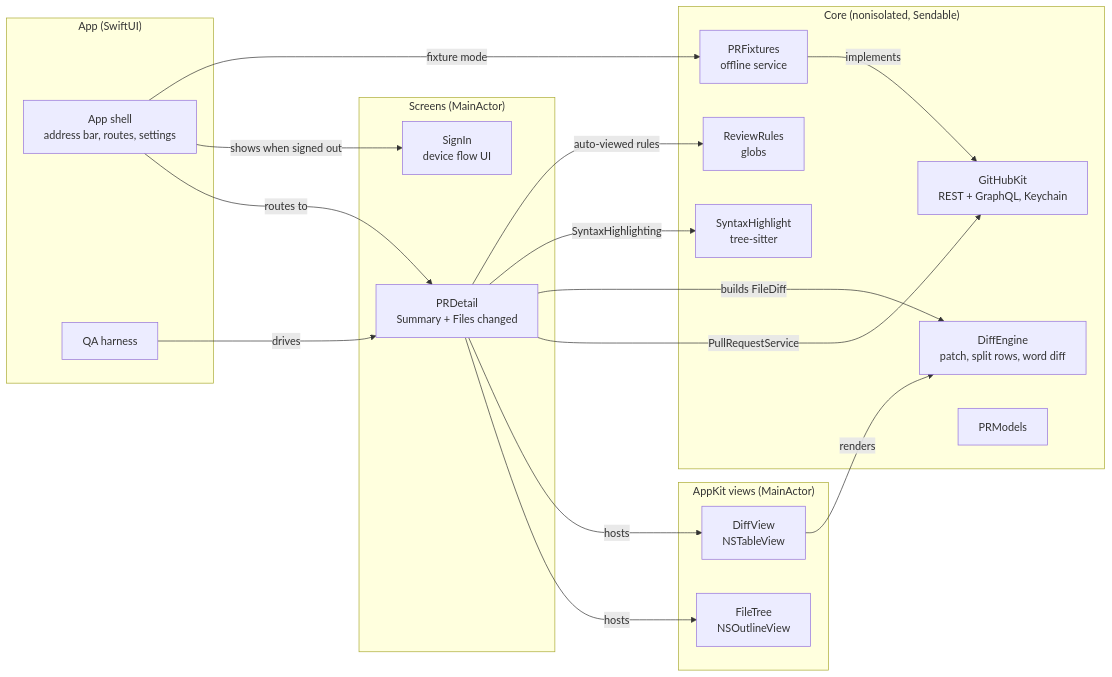
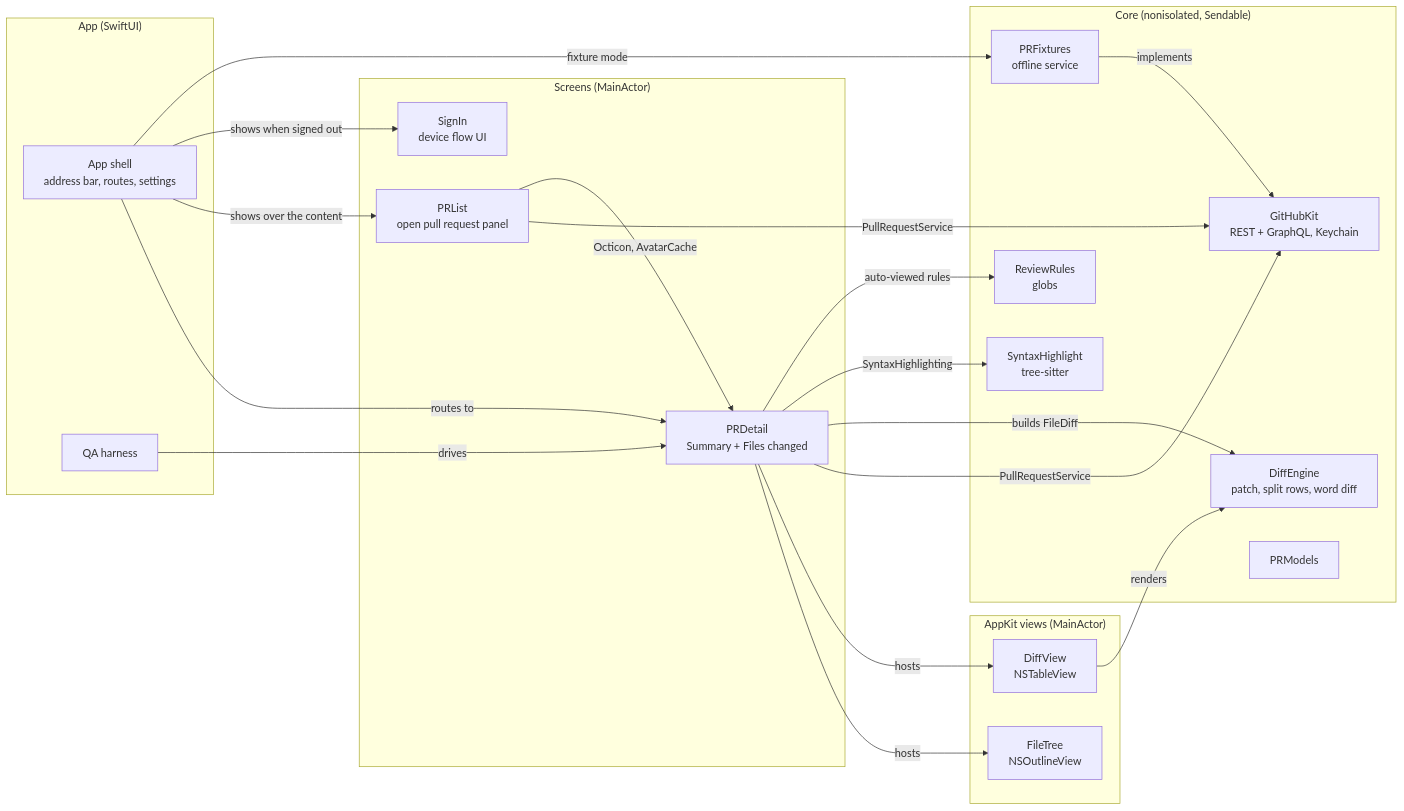
Before and after one commit to khoitran19/yuzu: the first of 4 diagrams in docs/architecture.md, drawn with Mermaid. The commit also changed other lines of this file and 36 other files, not shown here.

First line of the commit message:
feat(pr-list): show open pull requests for the repository in a side panel

````diff
--- a/docs/architecture.md
+++ b/docs/architecture.md
@@ -7,35 +7,39 @@
 ```mermaid
 flowchart LR
     subgraph Shell["App (SwiftUI)"]
         App[App shell<br/>address bar, routes, settings]
         Harness[QA harness]
     end
     subgraph Screens["Screens (MainActor)"]
         PRDetail[PRDetail<br/>Summary + Files changed]
+        PRList[PRList<br/>open pull request panel]
         SignIn[SignIn<br/>device flow UI]
     end
     subgraph Views["AppKit views (MainActor)"]
         FileTree[FileTree<br/>NSOutlineView]
         DiffView[DiffView<br/>NSTableView]
     end
     subgraph Core["Core (nonisolated, Sendable)"]
         GitHubKit[GitHubKit<br/>REST + GraphQL, Keychain]
         DiffEngine[DiffEngine<br/>patch, split rows, word diff]
         SyntaxHighlight[SyntaxHighlight<br/>tree-sitter]
         ReviewRules[ReviewRules<br/>globs]
         PRModels[PRModels]
         PRFixtures[PRFixtures<br/>offline service]
     end
     App -->|routes to| PRDetail
+    App -->|shows over the content| PRList
+    PRList -->|PullRequestService| GitHubKit
+    PRList -->|Octicon, AvatarCache| PRDetail
     App -->|shows when signed out| SignIn
     Harness -->|drives| PRDetail
     PRDetail -->|hosts| FileTree
     PRDetail -->|hosts| DiffView
     PRDetail -->|PullRequestService| GitHubKit
     PRDetail -->|builds FileDiff| DiffEngine
     PRDetail -->|SyntaxHighlighting| SyntaxHighlight
     PRDetail -->|auto-viewed rules| ReviewRules
     DiffView -->|renders| DiffEngine
     App -->|fixture mode| PRFixtures
     PRFixtures -->|implements| GitHubKit
 ```
````
